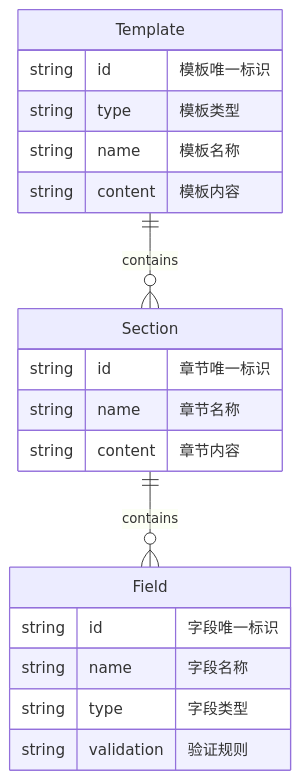
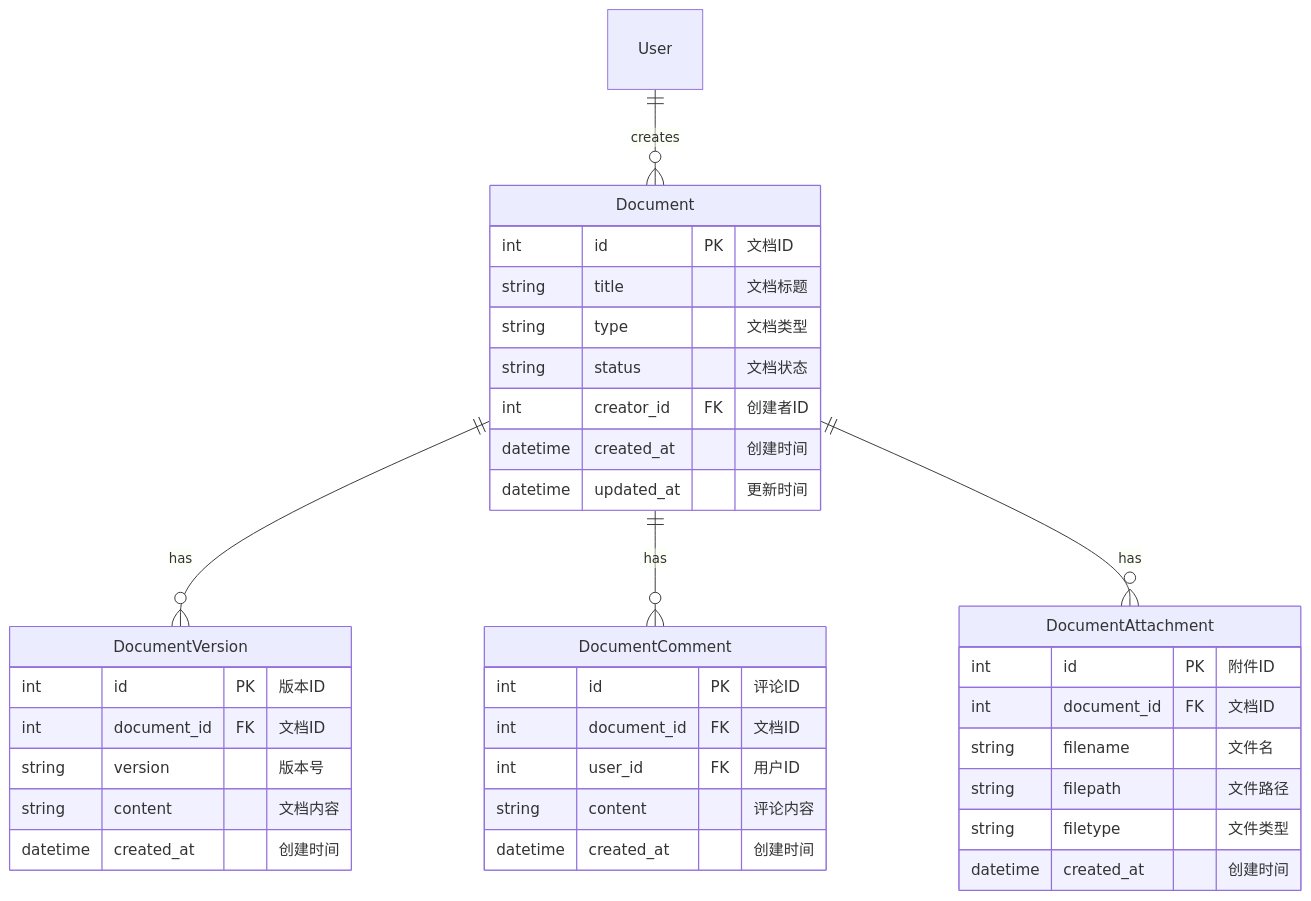
Before and after one commit to lilacseeking/bidding_document_generator: the sixth of 10 diagrams in technical_specification.md, drawn with Mermaid. The commit also changed other lines of this file and 54 other files, not shown here.

````diff
--- a/technical_specification.md
+++ b/technical_specification.md
@@ -248,22 +314,42 @@
 ```mermaid
 erDiagram
-    Template ||--o{ Section : contains
-    Section ||--o{ Field : contains
-    Template {
-        string id "模板唯一标识"
-        string type "模板类型"
-        string name "模板名称"
-        string content "模板内容"
+    Document ||--o{ DocumentVersion : has
+    Document ||--o{ DocumentComment : has
+    Document ||--o{ DocumentAttachment : has
+    User ||--o{ Document : creates
+    
+    Document {
+        int id PK "文档ID"
+        string title "文档标题"
+        string type "文档类型"
+        string status "文档状态"
+        int creator_id FK "创建者ID"
+        datetime created_at "创建时间"
+        datetime updated_at "更新时间"
     }
-    Section {
-        string id "章节唯一标识"
-        string name "章节名称"
-        string content "章节内容"
+    
+    DocumentVersion {
+        int id PK "版本ID"
+        int document_id FK "文档ID"
+        string version "版本号"
+        string content "文档内容"
+        datetime created_at "创建时间"
     }
-    Field {
-        string id "字段唯一标识"
-        string name "字段名称"
-        string type "字段类型"
-        string validation "验证规则"
+    
+    DocumentComment {
+        int id PK "评论ID"
+        int document_id FK "文档ID"
+        int user_id FK "用户ID"
+        string content "评论内容"
+        datetime created_at "创建时间"
+    }
+    
+    DocumentAttachment {
+        int id PK "附件ID"
+        int document_id FK "文档ID"
+        string filename "文件名"
+        string filepath "文件路径"
+        string filetype "文件类型"
+        datetime created_at "创建时间"
     }
 ```
````
